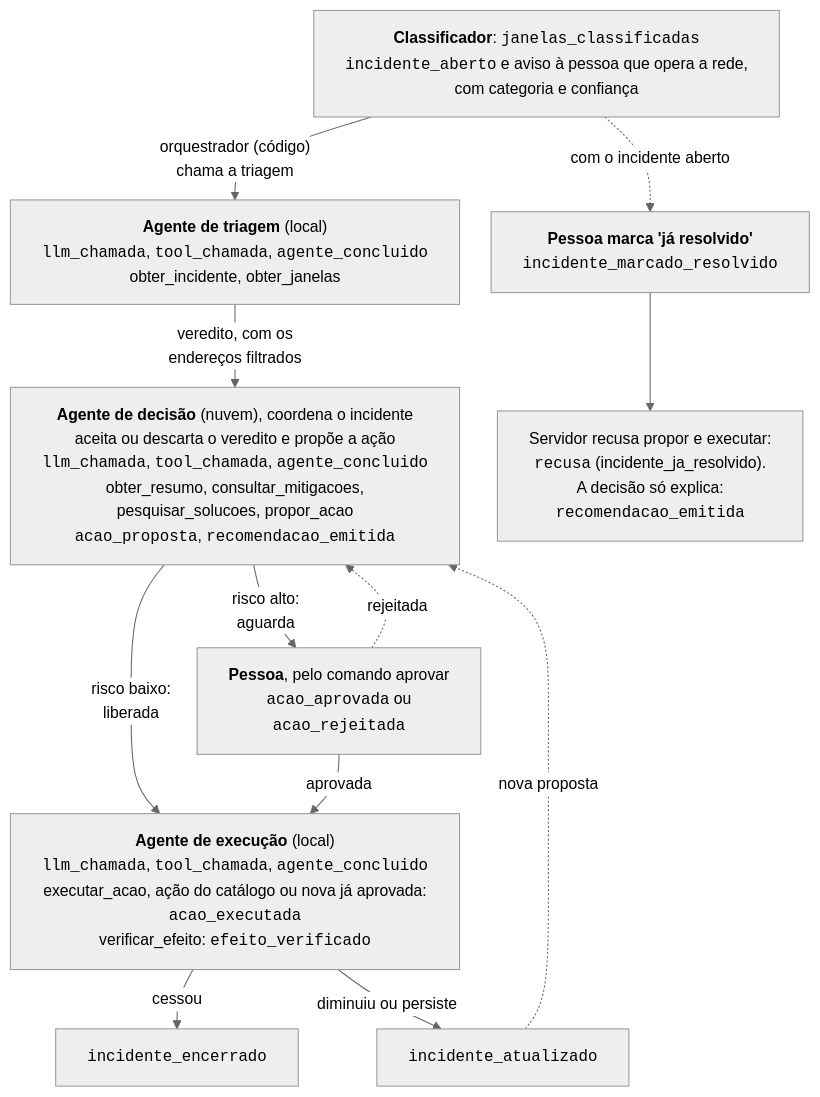
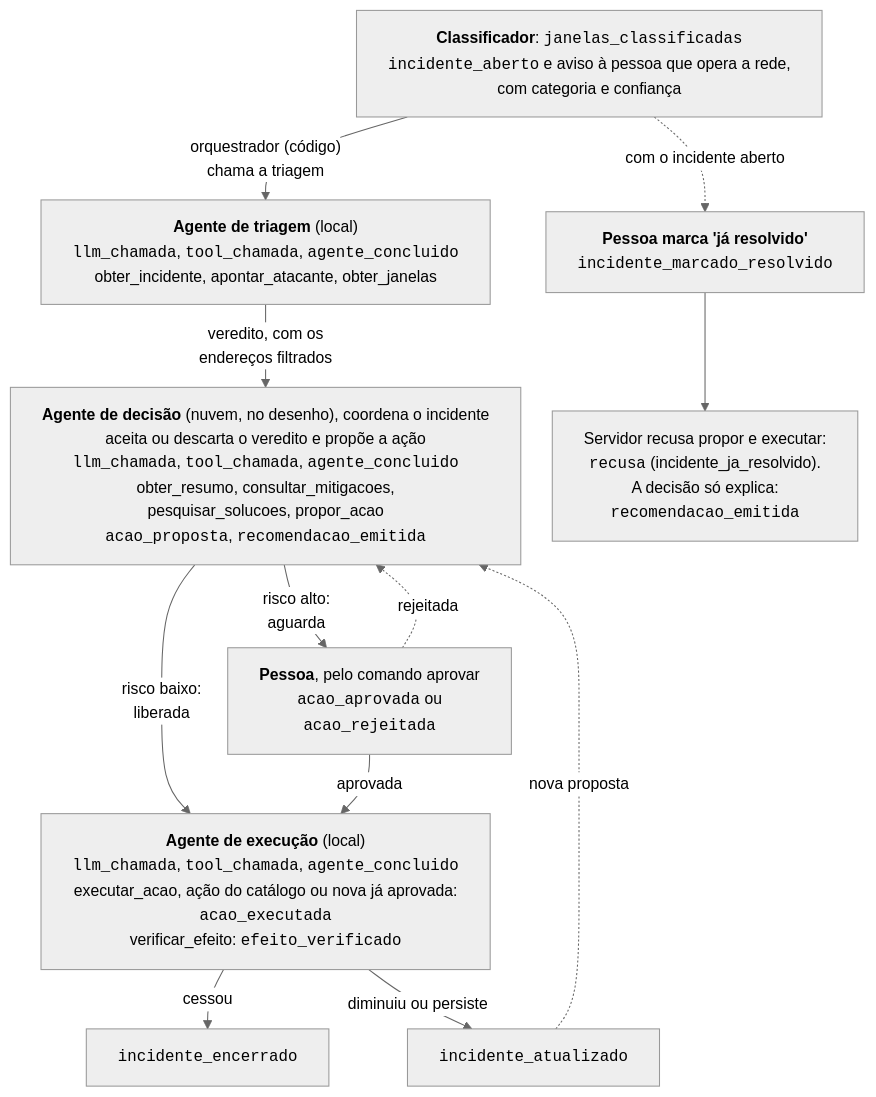
Before and after one commit to stermiix/SentryIoT: the diagram in artigo/figuras/fluxo_incidente.mmd, drawn with Mermaid. The commit also changed 5 other files, not shown here.

```diff
--- a/artigo/figuras/fluxo_incidente.mmd
+++ b/artigo/figuras/fluxo_incidente.mmd
@@ -1,30 +1,30 @@
 %% Fluxo de um incidente, da janela classificada à verificação, com os eventos que o log grava.
-%% Nomes de evento e de tool do contrato 0.5.0 (codigo/mcp/README.md, codigo/mcp/contrato.json);
+%% Nomes de evento e de tool do contrato 0.8.0 (codigo/mcp/README.md, codigo/mcp/contrato.json);
 %% a sequência segue o log de exemplo codigo/mcp/exemplos/incidente_flood.jsonl. Cada evento
 %% leva o seu instante no log; a figura não traz tempos medidos.
 %% Regerar o PNG e o PDF: python -m artigo.figuras.diagramas fluxo_incidente
 %%{init: {"theme": "neutral", "themeVariables": {"fontFamily": "Times New Roman, Times, serif", "fontSize": "15px"}, "flowchart": {"nodeSpacing": 30, "rankSpacing": 34, "wrappingWidth": 460}}}%%
 flowchart TB
     aberto["<b>Classificador</b>: <code>janelas_classificadas</code><br/><code>incidente_aberto</code> e aviso à pessoa que opera a rede,<br/>com categoria e confiança"]
-    triagem["<b>Agente de triagem</b> (local)<br/><code>llm_chamada</code>, <code>tool_chamada</code>, <code>agente_concluido</code><br/>obter_incidente, obter_janelas"]
-    decisao["<b>Agente de decisão</b> (nuvem), coordena o incidente<br/>aceita ou descarta o veredito e propõe a ação<br/><code>llm_chamada</code>, <code>tool_chamada</code>, <code>agente_concluido</code><br/>obter_resumo, consultar_mitigacoes,<br/>pesquisar_solucoes, propor_acao<br/><code>acao_proposta</code>, <code>recomendacao_emitida</code>"]
+    triagem["<b>Agente de triagem</b> (local)<br/><code>llm_chamada</code>, <code>tool_chamada</code>, <code>agente_concluido</code><br/>obter_incidente, apontar_atacante, obter_janelas"]
+    decisao["<b>Agente de decisão</b> (nuvem, no desenho), coordena o incidente<br/>aceita ou descarta o veredito e propõe a ação<br/><code>llm_chamada</code>, <code>tool_chamada</code>, <code>agente_concluido</code><br/>obter_resumo, consultar_mitigacoes,<br/>pesquisar_solucoes, propor_acao<br/><code>acao_proposta</code>, <code>recomendacao_emitida</code>"]
     aprovacao["<b>Pessoa</b>, pelo comando aprovar<br/><code>acao_aprovada</code> ou<br/><code>acao_rejeitada</code>"]
     execucao["<b>Agente de execução</b> (local)<br/><code>llm_chamada</code>, <code>tool_chamada</code>, <code>agente_concluido</code><br/>executar_acao, ação do catálogo ou nova já aprovada:<br/><code>acao_executada</code><br/>verificar_efeito: <code>efeito_verificado</code>"]
     encerrado["<code>incidente_encerrado</code>"]
     atualizado["<code>incidente_atualizado</code>"]
 
     resolvido["<b>Pessoa marca 'já resolvido'</b><br/><code>incidente_marcado_resolvido</code>"]
     so_explica["Servidor recusa propor e executar:<br/><code>recusa</code> (incidente_ja_resolvido).<br/>A decisão só explica:<br/><code>recomendacao_emitida</code>"]
 
     aberto -- "orquestrador (código)<br/>chama a triagem" --> triagem
     triagem -- "veredito, com os<br/>endereços filtrados" --> decisao
     decisao -- "risco baixo:<br/>liberada" --> execucao
     decisao -- "risco alto:<br/>aguarda" --> aprovacao
     aprovacao -- "aprovada" --> execucao
     aprovacao -. "rejeitada" .-> decisao
     execucao -- "cessou" --> encerrado
     execucao -- "diminuiu ou persiste" --> atualizado
     atualizado -. "nova proposta" .-> decisao
 
     aberto -. "com o incidente aberto" .-> resolvido
     resolvido --> so_explica
```
